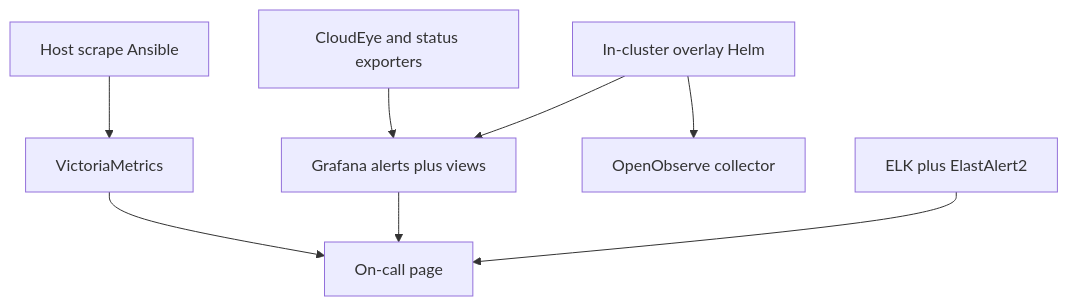
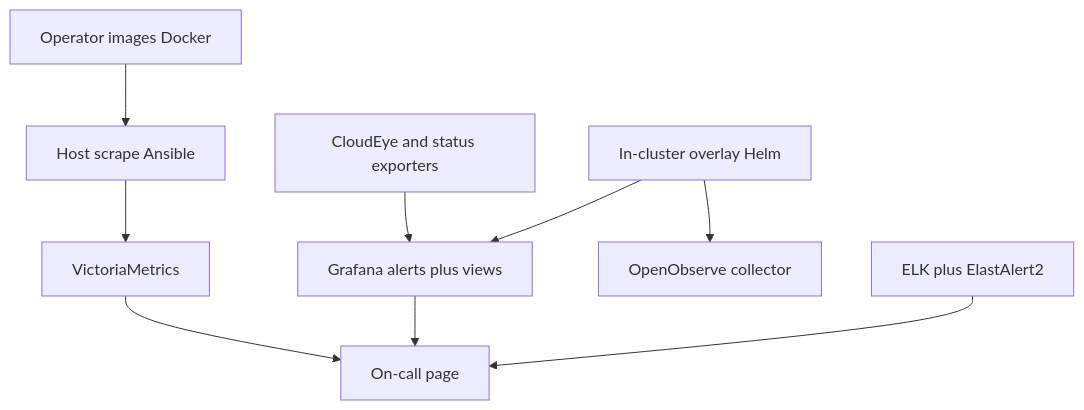
One commit to NarberallGamma/narberall-platform-engineer-lab changed the diagram in architecture/05-sre.md. Above: the diagram before and after it, drawn with Mermaid. The commit also changed 26 other files, not shown here.

Commit message:
Make the public lab hunt-ready: shorter README, redacted chat ID, current diagrams.

````diff
--- a/architecture/05-sre.md
+++ b/architecture/05-sre.md
@@ -7,10 +7,11 @@
 ```mermaid
 flowchart TB
   Host[Host scrape Ansible] --> VM[VictoriaMetrics]
+  Ops[Operator images Docker] --> Host
   Cluster[In-cluster overlay Helm] --> G[Grafana alerts plus views]
   Cluster --> OO[OpenObserve collector]
   Cloud[CloudEye and status exporters] --> G
   Logs[ELK plus ElastAlert2] --> Page[On-call page]
   G --> Page
   VM --> Page
 ```
````
